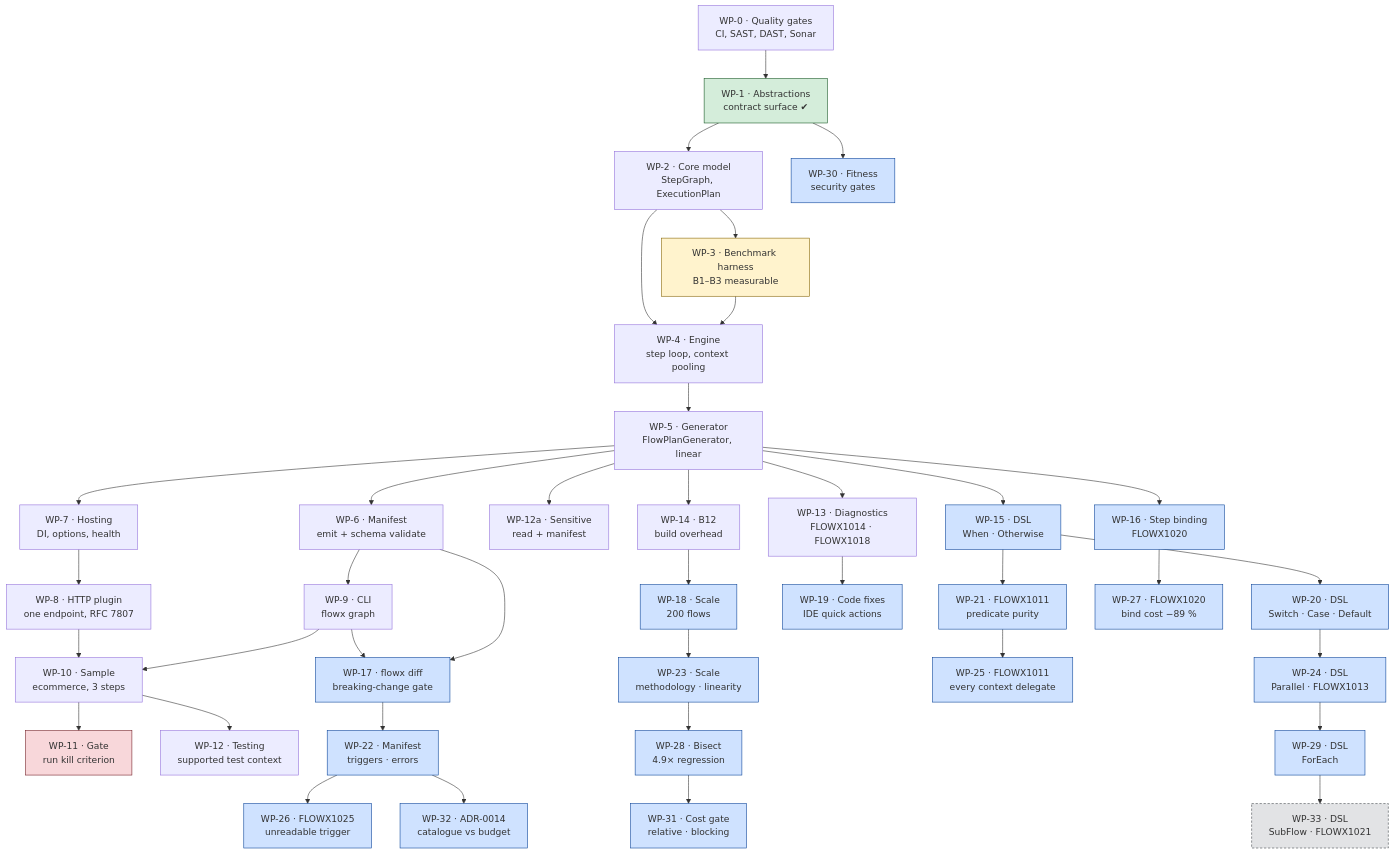
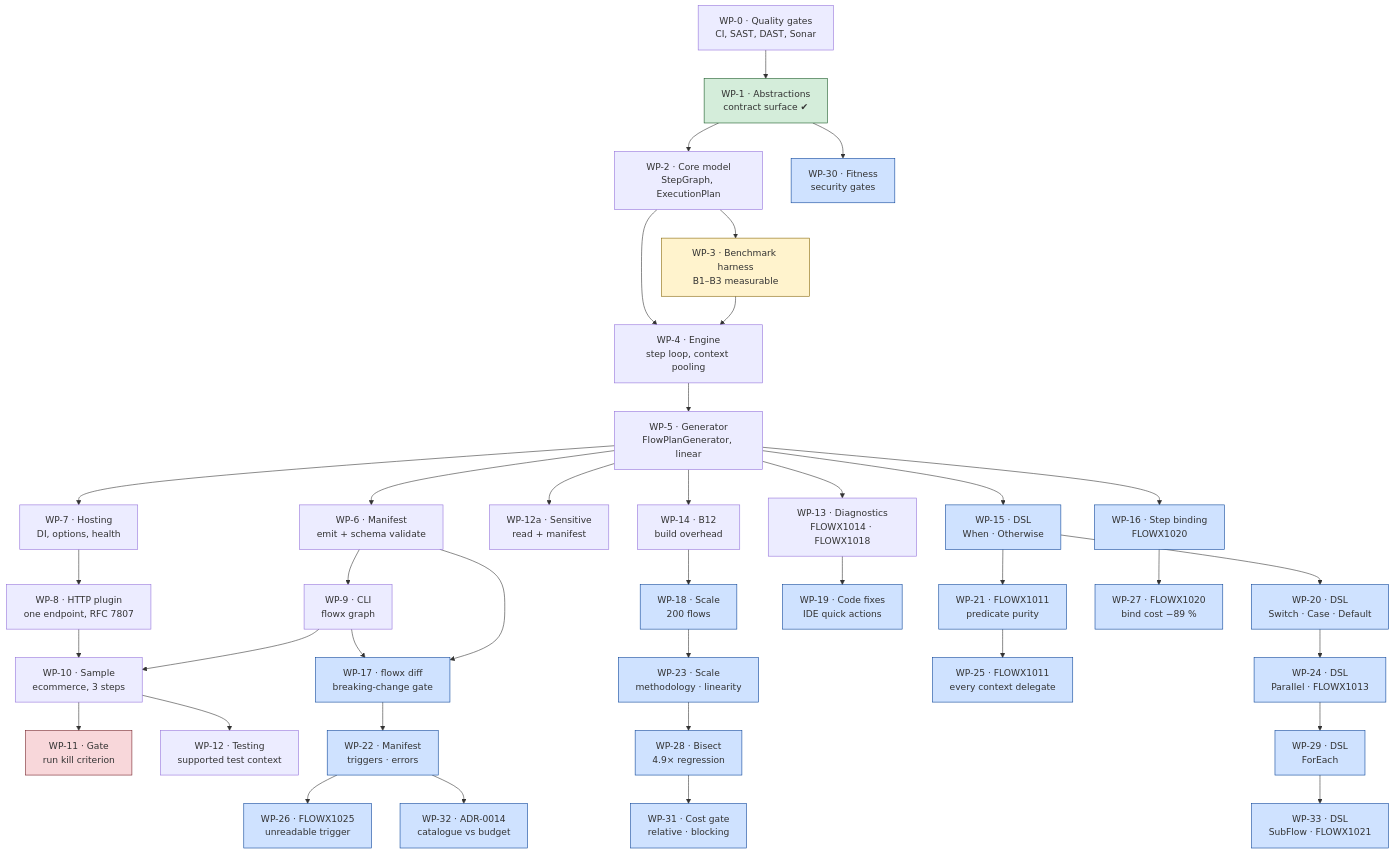
Before and after one commit to KhaiTrang1995/NexusFlow: the diagram in PLAN.md, drawn with Mermaid. The commit also changed other lines of this file and 1 other file, not shown here.

```diff
--- a/PLAN.md
+++ b/PLAN.md
@@ -104,7 +104,7 @@
     style WP20 fill:#cfe2ff,stroke:#084298
     style WP24 fill:#cfe2ff,stroke:#084298
     style WP29 fill:#cfe2ff,stroke:#084298
-    style WP33 fill:#e2e3e5,stroke:#41464b,stroke-dasharray: 4 3
+    style WP33 fill:#cfe2ff,stroke:#084298
     style WP16 fill:#cfe2ff,stroke:#084298
     style WP17 fill:#cfe2ff,stroke:#084298
     style WP18 fill:#cfe2ff,stroke:#084298
```
